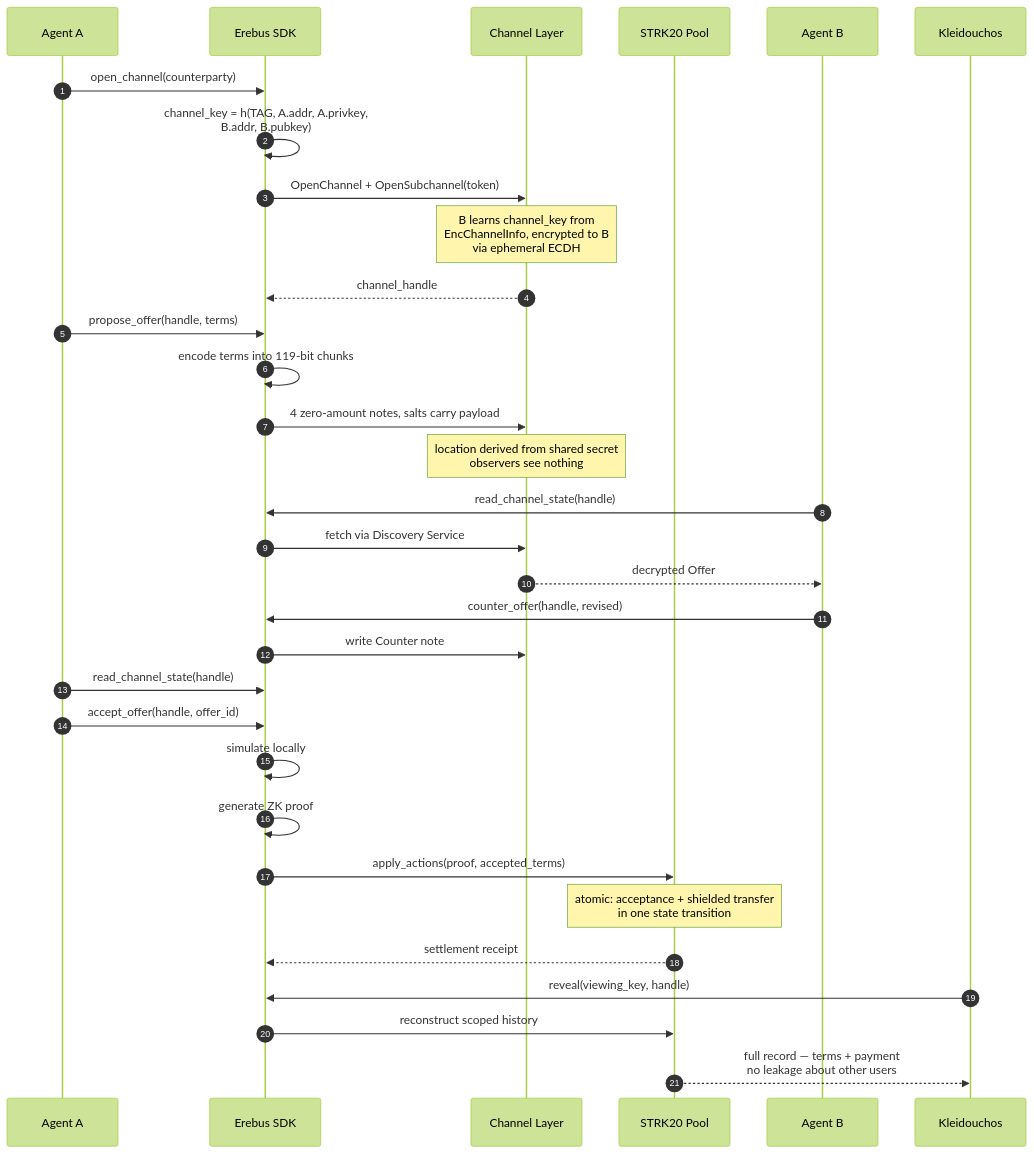
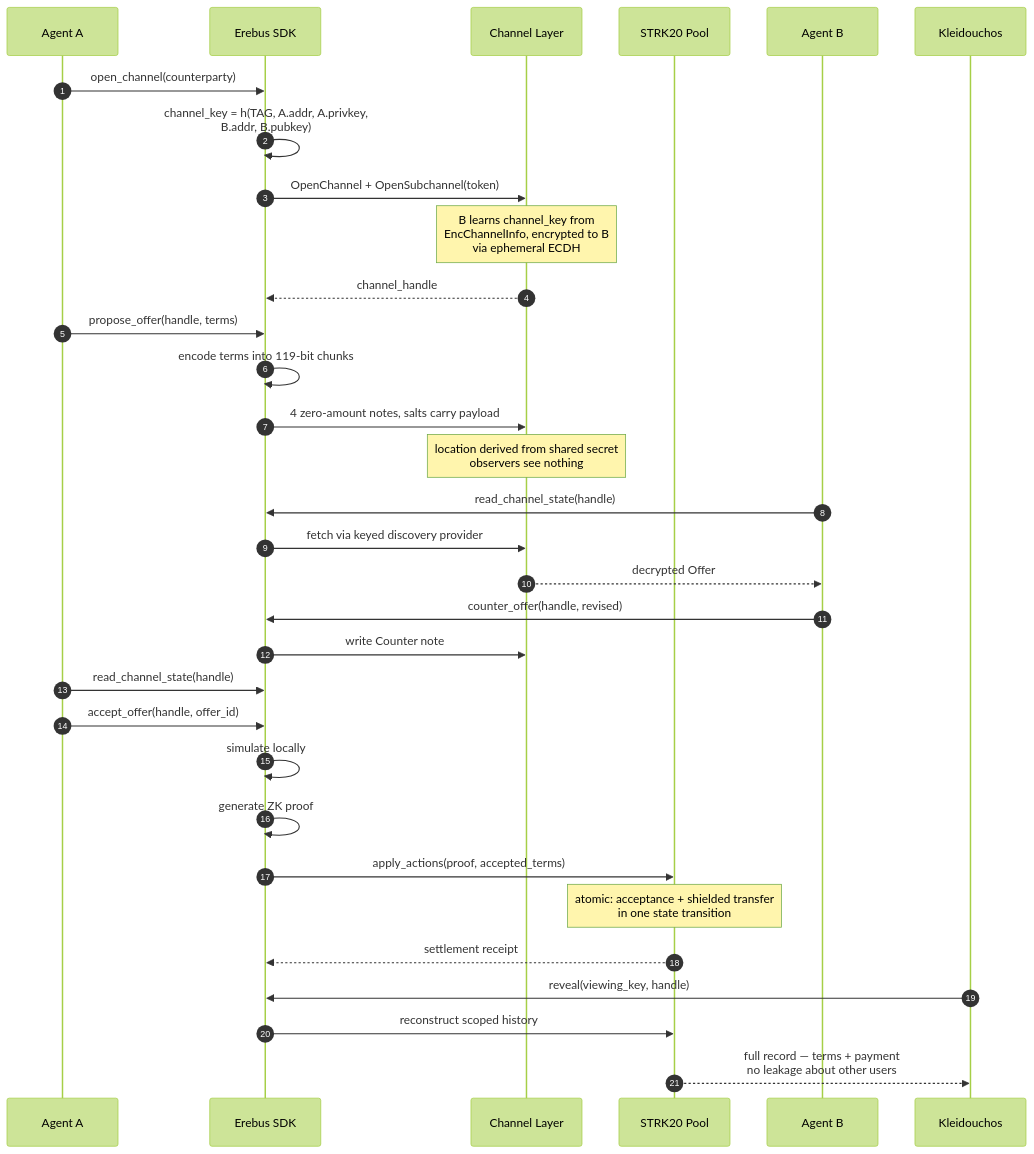
One commit to PoulavBhowmick03/Erebus changed the second of 3 diagrams in ARCHITECTURE.md. Above: the diagram before and after it, drawn with Mermaid (forest theme). The commit also changed other lines of this file and 23 other files, not shown here.

````diff
--- a/ARCHITECTURE.md
+++ b/ARCHITECTURE.md
@@ -75,40 +78,40 @@
 ```mermaid
 sequenceDiagram
     autonumber
     participant A as Agent A
     participant SDK as Erebus SDK
     participant CH as Channel Layer
     participant POOL as STRK20 Pool
     participant B as Agent B
     participant K as Kleidouchos
 
     A->>SDK: open_channel(counterparty)
     SDK->>SDK: channel_key = h(TAG, A.addr, A.privkey,<br/>B.addr, B.pubkey)
     SDK->>CH: OpenChannel + OpenSubchannel(token)
     Note over CH: B learns channel_key from<br/>EncChannelInfo, encrypted to B<br/>via ephemeral ECDH
     CH-->>SDK: channel_handle
 
     A->>SDK: propose_offer(handle, terms)
     SDK->>SDK: encode terms into 119-bit chunks
     SDK->>CH: 4 zero-amount notes, salts carry payload
     Note over CH: location derived from shared secret<br/>observers see nothing
 
     B->>SDK: read_channel_state(handle)
-    SDK->>CH: fetch via Discovery Service
+    SDK->>CH: fetch via keyed discovery provider
     CH-->>B: decrypted Offer
 
     B->>SDK: counter_offer(handle, revised)
     SDK->>CH: write Counter note
     A->>SDK: read_channel_state(handle)
     A->>SDK: accept_offer(handle, offer_id)
 
     SDK->>SDK: simulate locally
     SDK->>SDK: generate ZK proof
     SDK->>POOL: apply_actions(proof, accepted_terms)
     Note over POOL: atomic: acceptance + shielded transfer<br/>in one state transition
     POOL-->>SDK: settlement receipt
 
     K->>SDK: reveal(viewing_key, handle)
     SDK->>POOL: reconstruct scoped history
     POOL-->>K: full record — terms + payment<br/>no leakage about other users
 ```
````
